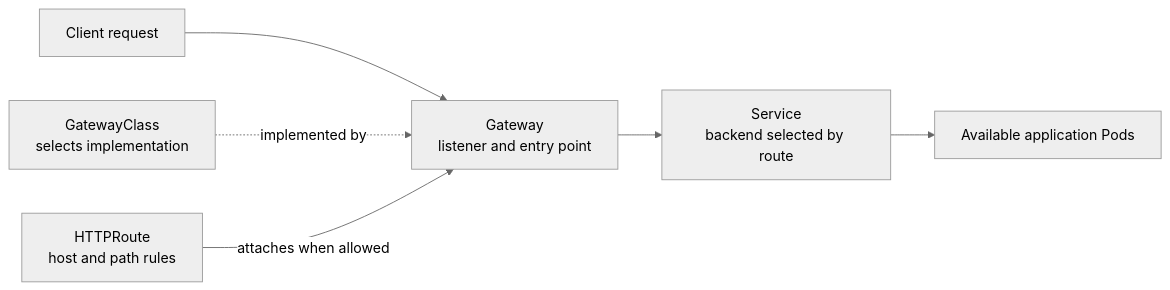
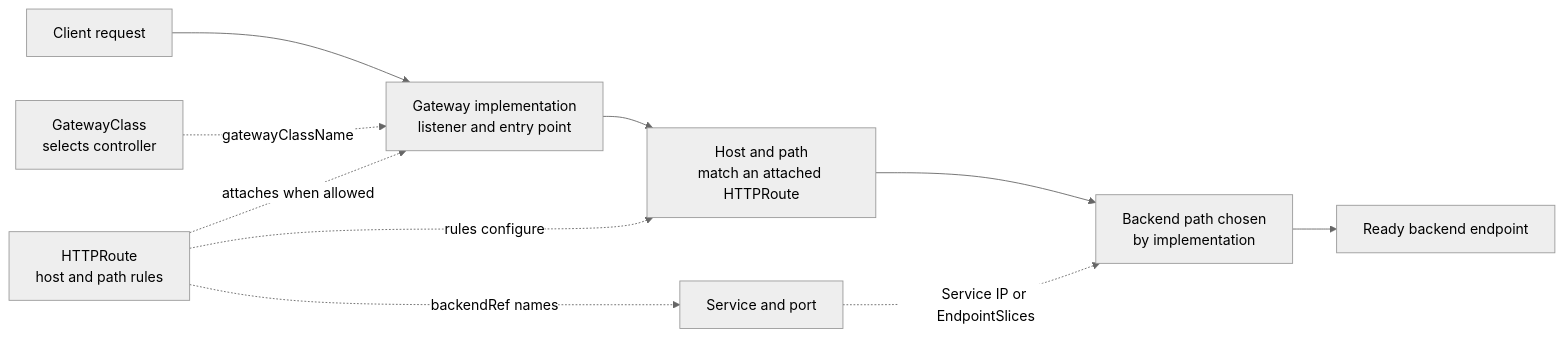
Before and after one commit to David-A18/MY-humble-knowledge-for-everyone: the diagram in knowledge/kubernetes/applications-and-tools/gateway-api-and-ingress.md, drawn with Mermaid (neutral theme). The commit also changed other lines of this file and 5 other files, not shown here.

````diff
--- a/knowledge/kubernetes/applications-and-tools/gateway-api-and-ingress.md
+++ b/knowledge/kubernetes/applications-and-tools/gateway-api-and-ingress.md
@@ -69,8 +90,12 @@
 ```mermaid
 flowchart LR
-  client["Client request"] --> gateway["Gateway<br/>listener and entry point"]
-  gatewayclass["GatewayClass<br/>selects implementation"] -. "implemented by" .-> gateway
-  route["HTTPRoute<br/>host and path rules"] -- "attaches when allowed" --> gateway
-  gateway --> service["Service<br/>backend selected by route"]
-  service --> pods["Available application Pods"]
+  client["Client request"] --> gateway["Gateway implementation<br/>listener and entry point"]
+  gateway --> match["Host and path<br/>match an attached HTTPRoute"]
+  match --> choice["Backend path chosen<br/>by implementation"]
+  choice --> pods["Ready backend endpoint"]
+  gatewayclass["GatewayClass<br/>selects controller"] -. "gatewayClassName" .-> gateway
+  route["HTTPRoute<br/>host and path rules"] -. "attaches when allowed" .-> gateway
+  route -. "rules configure" .-> match
+  route -. "backendRef names" .-> service["Service and port"]
+  service -. "Service IP or EndpointSlices" .-> choice
 ```
````
